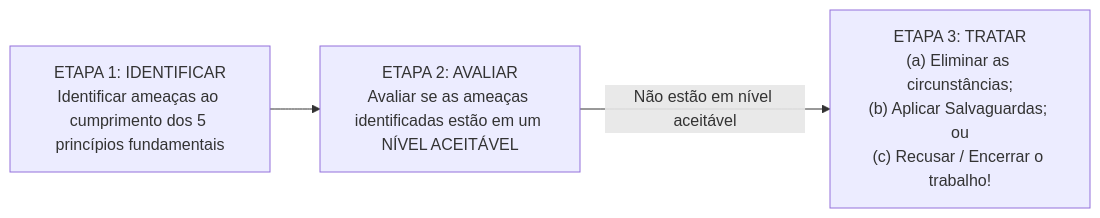
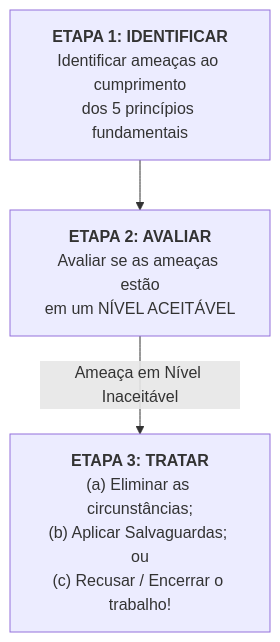
Before and after one commit to gilsonnogueira/OpenConcursos: the second of 2 diagrams in docs/19-auditoria/01-fundamentos-e-normas-profissionais/03-codigo-de-etica-e-postura-profissional.md, drawn with Mermaid. The commit also changed 17 other files, not shown here.

Commit message:
style(diagrams): verticaliza todos os diagramas Mermaid para legibilidade em painel vertical

````diff
--- a/docs/19-auditoria/01-fundamentos-e-normas-profissionais/03-codigo-de-etica-e-postura-profissional.md
+++ b/docs/19-auditoria/01-fundamentos-e-normas-profissionais/03-codigo-de-etica-e-postura-profissional.md
@@ -60,5 +60,9 @@
 ```mermaid
-flowchart LR
-    PASSO1["ETAPA 1: IDENTIFICAR<br/>Identificar ameaças ao cumprimento dos 5 princípios fundamentais"] --> PASSO2["ETAPA 2: AVALIAR<br/>Avaliar se as ameaças identificadas estão em um NÍVEL ACEITÁVEL"]
-    PASSO2 -->|Não estão em nível aceitável| PASSO3["ETAPA 3: TRATAR<br/>(a) Eliminar as circunstâncias;<br/>(b) Aplicar Salvaguardas; ou<br/>(c) Recusar / Encerrar o trabalho!"]
+flowchart TD
+    PASSO1["<b>ETAPA 1: IDENTIFICAR</b><br/>Identificar ameaças ao cumprimento<br/>dos 5 princípios fundamentais"]
+    PASSO2["<b>ETAPA 2: AVALIAR</b><br/>Avaliar se as ameaças estão<br/>em um NÍVEL ACEITÁVEL"]
+    PASSO3["<b>ETAPA 3: TRATAR</b><br/>(a) Eliminar as circunstâncias;<br/>(b) Aplicar Salvaguardas; ou<br/>(c) Recusar / Encerrar o trabalho!"]
+
+    PASSO1 --> PASSO2
+    PASSO2 -->|Ameaça em Nível Inaceitável| PASSO3
 ```
````
